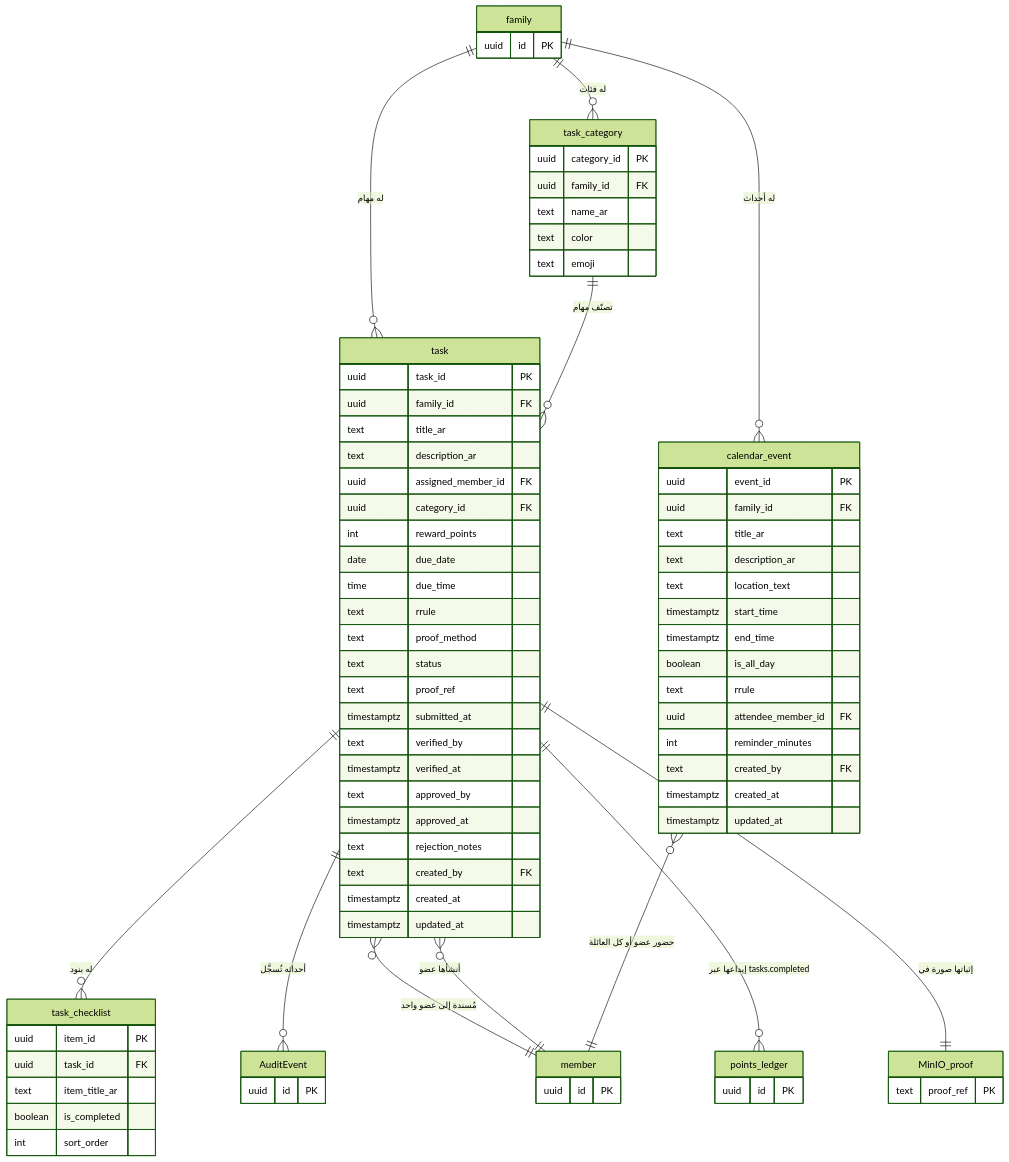
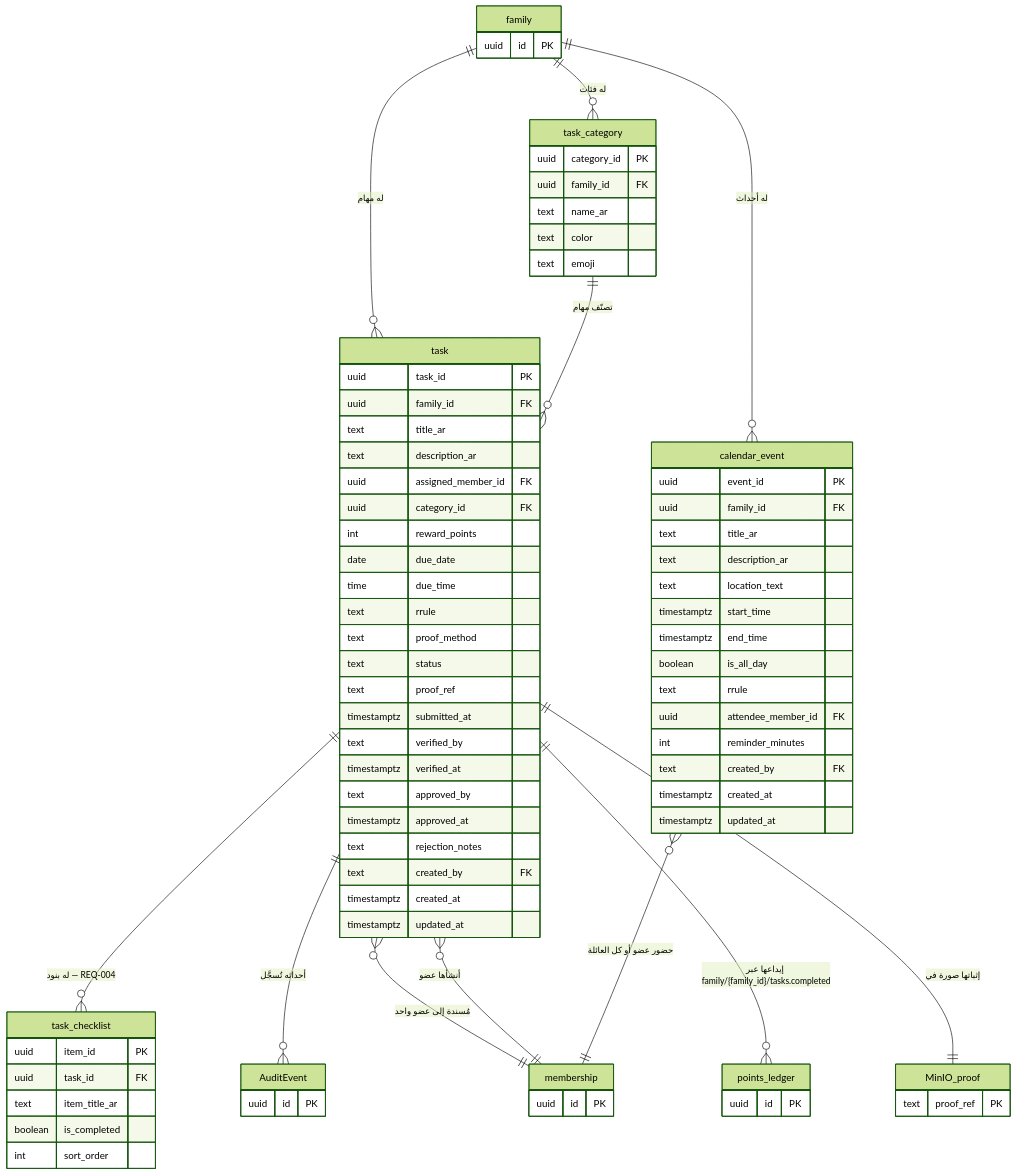
Before and after one commit to Bassam-mohammed-alqaeadi/family-os-v2: the second of 12 diagrams in docs/family-os/governance/phases/phase-1/S1-06-tasks-and-calendar/DIAGRAMS.md, drawn with Mermaid (forest theme). The commit also changed other lines of this file and 10 other files, not shown here.

Commit message:
إغلاق المراجعة الشاملة R1–R5 (Q-196…Q-231) — المخططات DIAGRAMS + خريطة السياق (2/4)

```diff
--- a/docs/family-os/governance/phases/phase-1/S1-06-tasks-and-calendar/DIAGRAMS.md
+++ b/docs/family-os/governance/phases/phase-1/S1-06-tasks-and-calendar/DIAGRAMS.md
@@ -83,12 +85,12 @@
     family ||--o{ task_category : "له فئات"
     family ||--o{ calendar_event : "له أحداث"
     task_category ||--o{ task : "تصنّف مهام"
-    task ||--o{ task_checklist : "له بنود"
+    task ||--o{ task_checklist : "له بنود — REQ-004"
     task ||--o{ AuditEvent : "أحداثه تُسجَّل"
-    task }o--|| member : "مُسندة إلى عضو واحد"
-    task }o--|| member : "أنشأها عضو"
-    calendar_event }o--|| member : "حضور عضو أو كل العائلة"
-    task ||--o{ points_ledger : "إيداعها عبر tasks.completed"
+    task }o--|| membership : "مُسندة إلى عضو واحد"
+    task }o--|| membership : "أنشأها عضو"
+    calendar_event }o--|| membership : "حضور عضو أو كل العائلة"
+    task ||--o{ points_ledger : "إيداعها عبر family/{family_id}/tasks.completed"
     task ||--|| MinIO_proof : "إثباتها صورة في"
 
     task {
@@ -115,6 +117,7 @@
         timestamptz created_at
         timestamptz updated_at
     }
+    %% REQ-004: بنود قائمة فحص فرعية
     task_checklist {
         uuid item_id PK
         uuid task_id FK
@@ -148,7 +151,7 @@
     family {
         uuid id PK
     }
-    member {
+    membership {
         uuid id PK
     }
     points_ledger {
```
